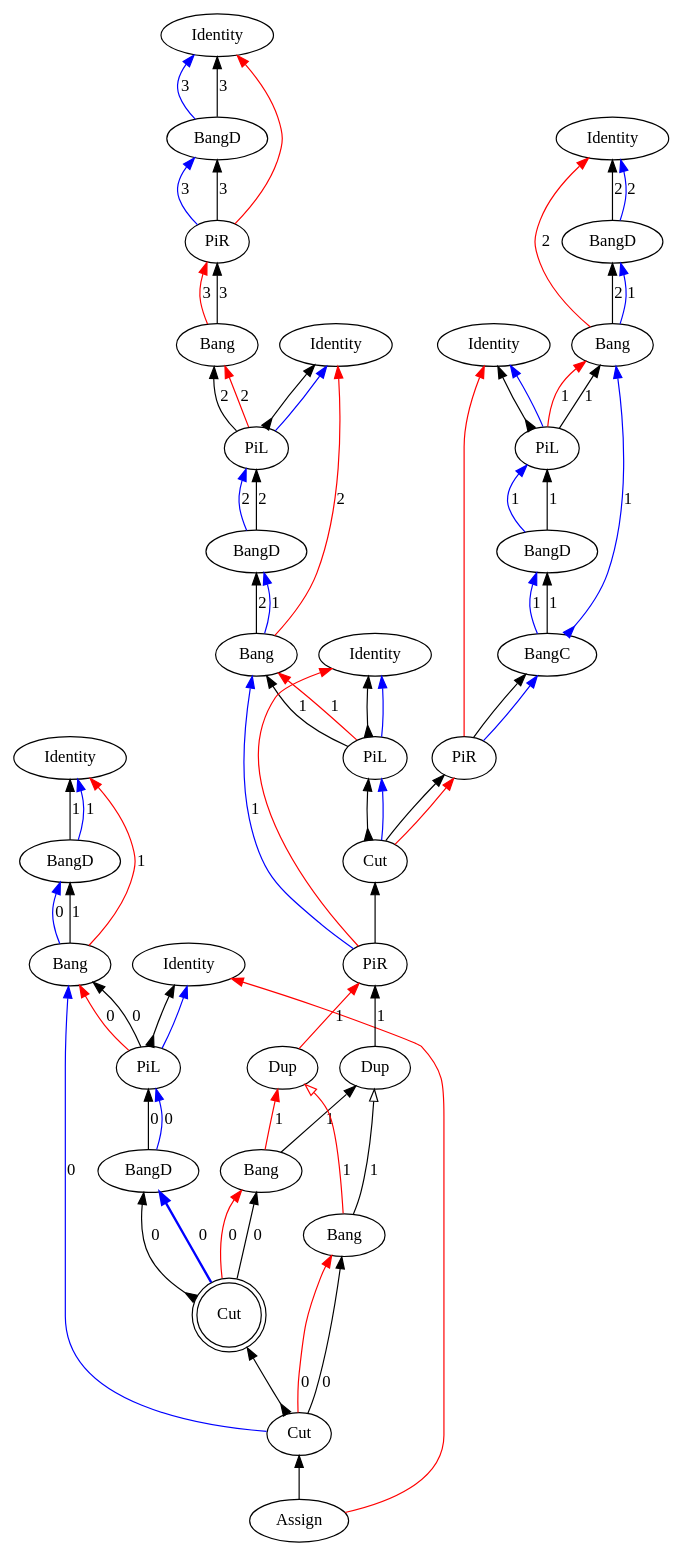
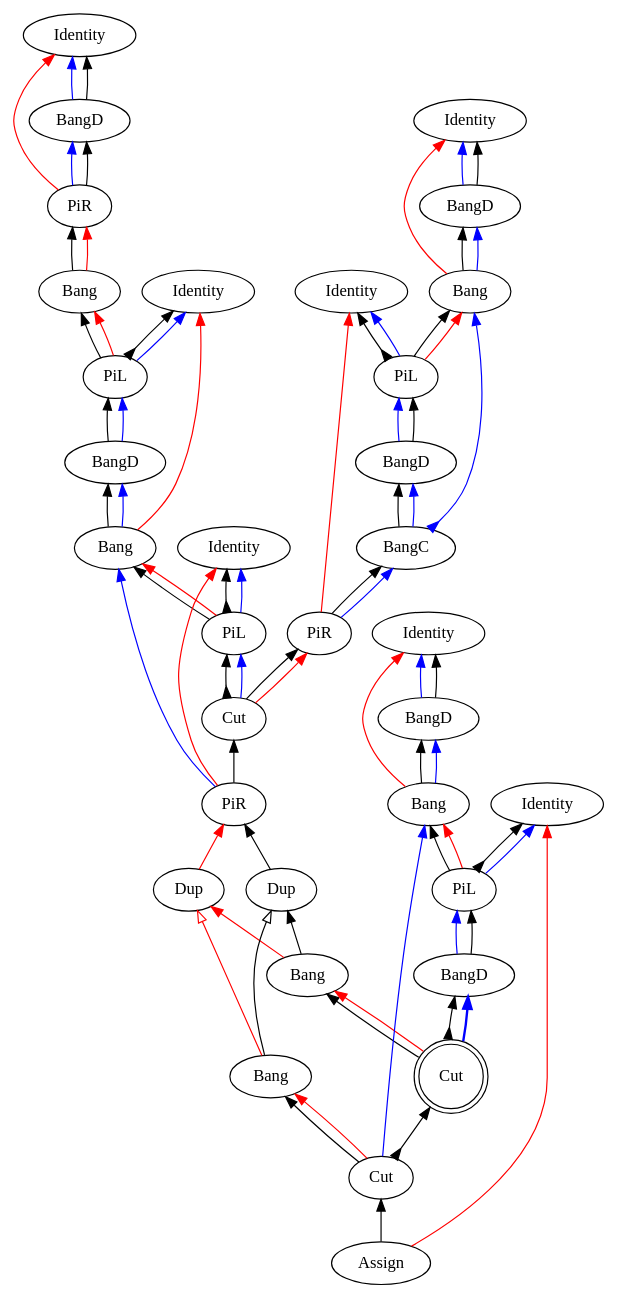
One commit to Mathnerd314/stroscot changed the diagram in src/core/graphs/example_m_6.dot. Above: the diagram before and after it, drawn with Graphviz. The commit also changed 88 other files, not shown here.

```diff
--- a/src/core/graphs/example_m_6.dot
+++ b/src/core/graphs/example_m_6.dot
@@ -1,107 +1,107 @@
 digraph {
 rankdir="BT"
 "Identity0" [label="Identity"]
 "BangD1" [label="BangD"]
 "PiR2" [label="PiR"]
 "Bang3" [label="Bang"]
 "Identity4" [label="Identity"]
 "PiL5" [label="PiL"]
 "BangD6" [label="BangD"]
 "Bang7" [label="Bang"]
 "Identity8" [label="Identity"]
 "PiL9" [label="PiL"]
 "Identity10" [label="Identity"]
 "BangD11" [label="BangD"]
 "Bang12" [label="Bang"]
 "Identity13" [label="Identity"]
 "PiL14" [label="PiL"]
 "BangD15" [label="BangD"]
 "BangC16" [label="BangC"]
 "PiR17" [label="PiR"]
 "Cut18" [label="Cut"]
 "PiR19" [label="PiR"]
 "Identity20" [label="Identity"]
 "BangD21" [label="BangD"]
 "Bang22" [label="Bang"]
 "Identity23" [label="Identity"]
 "PiL24" [label="PiL"]
 "BangD25" [label="BangD"]
 "Assign26" [label="Assign"]
 "Dup27" [label="Dup"]
 "Dup28" [label="Dup"]
 "Bang29" [label="Bang"]
 "Bang30" [label="Bang"]
 "Cut31" [label="Cut",shape=doublecircle]
 "Cut32" [label="Cut"]
-"Bang22" -> "BangD21"[color=black,weight=5,tooltip="c_bseq24",label="1",arrowhead=normal,arrowtail=none,dir=both]
-"Dup27" -> "PiR19"[color=black,weight=5,tooltip="c_bseq32",label="1",arrowhead=normal,arrowtail=none,dir=both]
-"Bang12" -> "BangD11"[color=black,weight=5,tooltip="c_bseq58",label="2",arrowhead=normal,arrowtail=none,dir=both]
-"Bang7" -> "BangD6"[color=black,weight=5,tooltip="c_bseq67",label="2",arrowhead=normal,arrowtail=none,dir=both]
-"Bang3" -> "PiR2"[color=black,weight=5,tooltip="c_bseq79",label="3",arrowhead=normal,arrowtail=none,dir=both]
-"Bang29" -> "Dup27"[color=black,weight=5,tooltip="c_bseq86",label="1",arrowhead=normal,arrowtail=none,dir=both]
-"Bang30" -> "Dup27"[color=black,weight=5,tooltip="c_bseq90",label="1",arrowhead=onormal,arrowtail=none,dir=both]
+"Bang22" -> "BangD21"[color=black,weight=5,tooltip="c_bseq24",arrowhead=normal,arrowtail=none,dir=both]
+"Dup27" -> "PiR19"[color=black,weight=5,tooltip="c_bseq32",arrowhead=normal,arrowtail=none,dir=both]
+"Bang12" -> "BangD11"[color=black,weight=5,tooltip="c_bseq58",arrowhead=normal,arrowtail=none,dir=both]
+"Bang7" -> "BangD6"[color=black,weight=5,tooltip="c_bseq67",arrowhead=normal,arrowtail=none,dir=both]
+"Bang3" -> "PiR2"[color=black,weight=5,tooltip="c_bseq79",arrowhead=normal,arrowtail=none,dir=both]
+"Bang29" -> "Dup27"[color=black,weight=5,tooltip="c_bseq86",arrowhead=normal,arrowtail=none,dir=both]
+"Bang30" -> "Dup27"[color=black,weight=5,tooltip="c_bseq90",arrowhead=onormal,arrowtail=none,dir=both]
 "Cut18" -> "PiL9"[color=black,weight=5,tooltip="c_lseq36",arrowhead=normal,arrowtail=inv,dir=both]
 "Cut18" -> "PiR17"[color=black,weight=5,tooltip="c_rseq37",arrowhead=normal,arrowtail=none,dir=both]
-"PiL24" -> "Bang22"[color=black,weight=5,tooltip="dseq20",label="0",arrowhead=normal,arrowtail=none,dir=both]
-"PiL14" -> "Bang12"[color=black,weight=5,tooltip="dseq54",label="1",arrowhead=normal,arrowtail=none,dir=both]
-"PiL9" -> "Bang7"[color=black,weight=5,tooltip="dseq63",label="1",arrowhead=normal,arrowtail=none,dir=both]
-"PiL5" -> "Bang3"[color=black,weight=5,tooltip="dseq76",label="2",arrowhead=normal,arrowtail=none,dir=both]
-"Cut31" -> "Bang29"[color=black,weight=5,tooltip="dseq88",label="0",arrowhead=normal,arrowtail=none,dir=both]
-"Cut32" -> "Bang30"[color=black,weight=5,tooltip="dseq92",label="0",arrowhead=normal,arrowtail=none,dir=both]
-"PiR19" -> "Bang7"[color=blue,weight=2,tooltip="h34",label="1",arrowhead=normal,arrowtail=none,dir=both]
-"Bang7" -> "BangD6"[color=blue,weight=2,tooltip="hf65",label="1",arrowhead=normal,arrowtail=none,dir=both]
-"BangD6" -> "PiL5"[color=black,weight=5,tooltip="hseq72",label="2",arrowhead=normal,arrowtail=none,dir=both]
-"PiR2" -> "BangD1"[color=blue,weight=2,tooltip="i81",label="3",arrowhead=normal,arrowtail=none,dir=both]
+"PiL24" -> "Bang22"[color=black,weight=5,tooltip="dseq20",arrowhead=normal,arrowtail=none,dir=both]
+"PiL14" -> "Bang12"[color=black,weight=5,tooltip="dseq54",arrowhead=normal,arrowtail=none,dir=both]
+"PiL9" -> "Bang7"[color=black,weight=5,tooltip="dseq63",arrowhead=normal,arrowtail=none,dir=both]
+"PiL5" -> "Bang3"[color=black,weight=5,tooltip="dseq76",arrowhead=normal,arrowtail=none,dir=both]
+"Cut31" -> "Bang29"[color=black,weight=5,tooltip="dseq88",arrowhead=normal,arrowtail=none,dir=both]
+"Cut32" -> "Bang30"[color=black,weight=5,tooltip="dseq92",arrowhead=normal,arrowtail=none,dir=both]
+"PiR19" -> "Bang7"[color=blue,weight=2,tooltip="h34",arrowhead=normal,arrowtail=none,dir=both]
+"Bang7" -> "BangD6"[color=blue,weight=2,tooltip="hf65",arrowhead=normal,arrowtail=none,dir=both]
+"BangD6" -> "PiL5"[color=black,weight=5,tooltip="hseq72",arrowhead=normal,arrowtail=none,dir=both]
+"PiR2" -> "BangD1"[color=blue,weight=2,tooltip="i81",arrowhead=normal,arrowtail=none,dir=both]
 "PiL24" -> "Identity23"[color=black,weight=5,tooltip="idseq21",arrowhead=normal,arrowtail=inv,dir=both]
 "PiL14" -> "Identity13"[color=black,weight=5,tooltip="idseq55",arrowhead=normal,arrowtail=inv,dir=both]
 "PiL9" -> "Identity8"[color=black,weight=5,tooltip="idseq64",arrowhead=normal,arrowtail=inv,dir=both]
 "PiL5" -> "Identity4"[color=black,weight=5,tooltip="idseq77",arrowhead=normal,arrowtail=inv,dir=both]
-"BangD1" -> "Identity0"[color=blue,weight=2,tooltip="iret84",label="3",arrowhead=normal,arrowtail=none,dir=both]
-"BangD1" -> "Identity0"[color=black,weight=5,tooltip="iseq83",label="3",arrowhead=normal,arrowtail=none,dir=both]
+"BangD1" -> "Identity0"[color=blue,weight=2,tooltip="iret84",arrowhead=normal,arrowtail=none,dir=both]
+"BangD1" -> "Identity0"[color=black,weight=5,tooltip="iseq83",arrowhead=normal,arrowtail=none,dir=both]
 "PiL24" -> "Identity23"[color=blue,weight=2,tooltip="lret19",arrowhead=normal,arrowtail=none,dir=both]
 "PiL14" -> "Identity13"[color=blue,weight=2,tooltip="lret53",arrowhead=normal,arrowtail=none,dir=both]
 "PiL9" -> "Identity8"[color=blue,weight=2,tooltip="lret62",arrowhead=normal,arrowtail=none,dir=both]
 "PiL5" -> "Identity4"[color=blue,weight=2,tooltip="lret75",arrowhead=normal,arrowtail=none,dir=both]
-"BangD25" -> "PiL24"[color=blue,weight=2,tooltip="lval14",label="0",arrowhead=normal,arrowtail=none,dir=both]
+"BangD25" -> "PiL24"[color=blue,weight=2,tooltip="lval14",arrowhead=normal,arrowtail=none,dir=both]
 "Cut18" -> "PiL9"[color=blue,weight=2,tooltip="lval38",arrowhead=normal,arrowtail=none,dir=both]
-"BangD15" -> "PiL14"[color=blue,weight=2,tooltip="lval48",label="1",arrowhead=normal,arrowtail=none,dir=both]
-"BangD6" -> "PiL5"[color=blue,weight=2,tooltip="lval70",label="2",arrowhead=normal,arrowtail=none,dir=both]
-"PiL24" -> "Bang22"[color=red,weight=2,tooltip="newrret18",label="0",arrowhead=normal,arrowtail=none,dir=both]
-"PiL14" -> "Bang12"[color=red,weight=2,tooltip="newrret52",label="1",arrowhead=normal,arrowtail=none,dir=both]
-"PiL9" -> "Bang7"[color=red,weight=2,tooltip="newrret61",label="1",arrowhead=normal,arrowtail=none,dir=both]
-"PiL5" -> "Bang3"[color=red,weight=2,tooltip="newrret74",label="2",arrowhead=normal,arrowtail=none,dir=both]
-"Cut31" -> "Bang29"[color=red,weight=2,tooltip="newrret89",label="0",arrowhead=normal,arrowtail=none,dir=both]
-"Cut32" -> "Bang30"[color=red,weight=2,tooltip="newrret93",label="0",arrowhead=normal,arrowtail=none,dir=both]
-"Bang22" -> "Identity20"[color=red,weight=2,tooltip="newrretf23",label="1",arrowhead=normal,arrowtail=none,dir=both]
-"Dup28" -> "PiR19"[color=red,weight=2,tooltip="newrretf31",label="1",arrowhead=normal,arrowtail=none,dir=both]
-"Bang12" -> "Identity10"[color=red,weight=2,tooltip="newrretf57",label="2",arrowhead=normal,arrowtail=none,dir=both]
-"Bang7" -> "Identity4"[color=red,weight=2,tooltip="newrretf66",label="2",arrowhead=normal,arrowtail=none,dir=both]
-"Bang3" -> "PiR2"[color=red,weight=2,tooltip="newrretf78",label="3",arrowhead=normal,arrowtail=none,dir=both]
-"Bang29" -> "Dup28"[color=red,weight=2,tooltip="newrretf87",label="1",arrowhead=normal,arrowtail=none,dir=both]
-"Bang30" -> "Dup28"[color=red,weight=2,tooltip="newrretf91",label="1",arrowhead=onormal,arrowtail=none,dir=both]
+"BangD15" -> "PiL14"[color=blue,weight=2,tooltip="lval48",arrowhead=normal,arrowtail=none,dir=both]
+"BangD6" -> "PiL5"[color=blue,weight=2,tooltip="lval70",arrowhead=normal,arrowtail=none,dir=both]
+"PiL24" -> "Bang22"[color=red,weight=2,tooltip="newrret18",arrowhead=normal,arrowtail=none,dir=both]
+"PiL14" -> "Bang12"[color=red,weight=2,tooltip="newrret52",arrowhead=normal,arrowtail=none,dir=both]
+"PiL9" -> "Bang7"[color=red,weight=2,tooltip="newrret61",arrowhead=normal,arrowtail=none,dir=both]
+"PiL5" -> "Bang3"[color=red,weight=2,tooltip="newrret74",arrowhead=normal,arrowtail=none,dir=both]
+"Cut31" -> "Bang29"[color=red,weight=2,tooltip="newrret89",arrowhead=normal,arrowtail=none,dir=both]
+"Cut32" -> "Bang30"[color=red,weight=2,tooltip="newrret93",arrowhead=normal,arrowtail=none,dir=both]
+"Bang22" -> "Identity20"[color=red,weight=2,tooltip="newrretf23",arrowhead=normal,arrowtail=none,dir=both]
+"Dup28" -> "PiR19"[color=red,weight=2,tooltip="newrretf31",arrowhead=normal,arrowtail=none,dir=both]
+"Bang12" -> "Identity10"[color=red,weight=2,tooltip="newrretf57",arrowhead=normal,arrowtail=none,dir=both]
+"Bang7" -> "Identity4"[color=red,weight=2,tooltip="newrretf66",arrowhead=normal,arrowtail=none,dir=both]
+"Bang3" -> "PiR2"[color=red,weight=2,tooltip="newrretf78",arrowhead=normal,arrowtail=none,dir=both]
+"Bang29" -> "Dup28"[color=red,weight=2,tooltip="newrretf87",arrowhead=normal,arrowtail=none,dir=both]
+"Bang30" -> "Dup28"[color=red,weight=2,tooltip="newrretf91",arrowhead=onormal,arrowtail=none,dir=both]
 "PiR19" -> "Identity8"[color=red,weight=2,tooltip="ret35",arrowhead=normal,arrowtail=none,dir=both]
 "PiR17" -> "Identity13"[color=red,weight=2,tooltip="ret42",arrowhead=normal,arrowtail=none,dir=both]
 "Assign26" -> "Identity23"[color=red,weight=2,tooltip="ret8",arrowhead=normal,arrowtail=none,dir=both]
 "PiR2" -> "Identity0"[color=red,weight=2,tooltip="ret82",arrowhead=normal,arrowtail=none,dir=both]
 "Assign26" -> "Cut32"[color=black,weight=5,tooltip="retseq0",arrowhead=normal,arrowtail=none,dir=both]
 "Cut18" -> "PiR17"[color=red,weight=2,tooltip="rval39",arrowhead=normal,arrowtail=none,dir=both]
-"Cut31" -> "BangD25"[color=black,weight=5,tooltip="seq11",label="0",arrowhead=normal,arrowtail=inv,dir=both]
+"Cut31" -> "BangD25"[color=black,weight=5,tooltip="seq11",arrowhead=normal,arrowtail=inv,dir=both]
 "PiR19" -> "Cut18"[color=black,weight=5,tooltip="seq33",arrowhead=normal,arrowtail=none,dir=both]
 "PiR17" -> "BangC16"[color=black,weight=5,tooltip="seq40",arrowhead=normal,arrowtail=none,dir=both]
-"BangC16" -> "BangD15"[color=black,weight=5,tooltip="seq45",label="1",arrowhead=normal,arrowtail=none,dir=both]
-"PiR2" -> "BangD1"[color=black,weight=5,tooltip="seq80",label="3",arrowhead=normal,arrowtail=none,dir=both]
+"BangC16" -> "BangD15"[color=black,weight=5,tooltip="seq45",arrowhead=normal,arrowtail=none,dir=both]
+"PiR2" -> "BangD1"[color=black,weight=5,tooltip="seq80",arrowhead=normal,arrowtail=none,dir=both]
 "Cut32" -> "Cut31"[color=black,weight=5,tooltip="seqBC94",arrowhead=normal,arrowtail=inv,dir=both]
-"Cut31" -> "BangD25"[color=blue,weight=2,tooltip="xA9",label="0",arrowhead=normal,arrowtail=none,penwidth=2,dir=both]
-"Cut32" -> "Bang22"[color=blue,weight=2,tooltip="xB10",label="0",arrowhead=normal,arrowtail=none,dir=both]
-"Bang22" -> "BangD21"[color=blue,weight=2,tooltip="xBf22",label="0",arrowhead=normal,arrowtail=none,dir=both]
-"BangD21" -> "Identity20"[color=blue,weight=2,tooltip="xret26",label="1",arrowhead=normal,arrowtail=none,dir=both]
-"BangD25" -> "PiL24"[color=black,weight=5,tooltip="xseq16",label="0",arrowhead=normal,arrowtail=none,dir=both]
-"BangD21" -> "Identity20"[color=black,weight=5,tooltip="xseq25",label="1",arrowhead=normal,arrowtail=none,dir=both]
+"Cut31" -> "BangD25"[color=blue,weight=2,tooltip="xA9",arrowhead=normal,arrowtail=none,penwidth=2,dir=both]
+"Cut32" -> "Bang22"[color=blue,weight=2,tooltip="xB10",arrowhead=normal,arrowtail=none,dir=both]
+"Bang22" -> "BangD21"[color=blue,weight=2,tooltip="xBf22",arrowhead=normal,arrowtail=none,dir=both]
+"BangD21" -> "Identity20"[color=blue,weight=2,tooltip="xret26",arrowhead=normal,arrowtail=none,dir=both]
+"BangD25" -> "PiL24"[color=black,weight=5,tooltip="xseq16",arrowhead=normal,arrowtail=none,dir=both]
+"BangD21" -> "Identity20"[color=black,weight=5,tooltip="xseq25",arrowhead=normal,arrowtail=none,dir=both]
 "PiR17" -> "BangC16"[color=blue,weight=2,tooltip="y41",arrowhead=normal,arrowtail=none,dir=both]
-"BangC16" -> "BangD15"[color=blue,weight=2,tooltip="yA43",label="1",arrowhead=normal,arrowtail=none,dir=both]
-"BangC16" -> "Bang12"[color=blue,weight=2,tooltip="yB44",label="1",arrowhead=normal,arrowtail=inv,dir=both]
-"Bang12" -> "BangD11"[color=blue,weight=2,tooltip="yBf56",label="1",arrowhead=normal,arrowtail=none,dir=both]
-"BangD11" -> "Identity10"[color=blue,weight=2,tooltip="yret60",label="2",arrowhead=normal,arrowtail=none,dir=both]
-"BangD15" -> "PiL14"[color=black,weight=5,tooltip="yseq50",label="1",arrowhead=normal,arrowtail=none,dir=both]
-"BangD11" -> "Identity10"[color=black,weight=5,tooltip="yseq59",label="2",arrowhead=normal,arrowtail=none,dir=both]
+"BangC16" -> "BangD15"[color=blue,weight=2,tooltip="yA43",arrowhead=normal,arrowtail=none,dir=both]
+"BangC16" -> "Bang12"[color=blue,weight=2,tooltip="yB44",arrowhead=normal,arrowtail=inv,dir=both]
+"Bang12" -> "BangD11"[color=blue,weight=2,tooltip="yBf56",arrowhead=normal,arrowtail=none,dir=both]
+"BangD11" -> "Identity10"[color=blue,weight=2,tooltip="yret60",arrowhead=normal,arrowtail=none,dir=both]
+"BangD15" -> "PiL14"[color=black,weight=5,tooltip="yseq50",arrowhead=normal,arrowtail=none,dir=both]
+"BangD11" -> "Identity10"[color=black,weight=5,tooltip="yseq59",arrowhead=normal,arrowtail=none,dir=both]
 }
```
